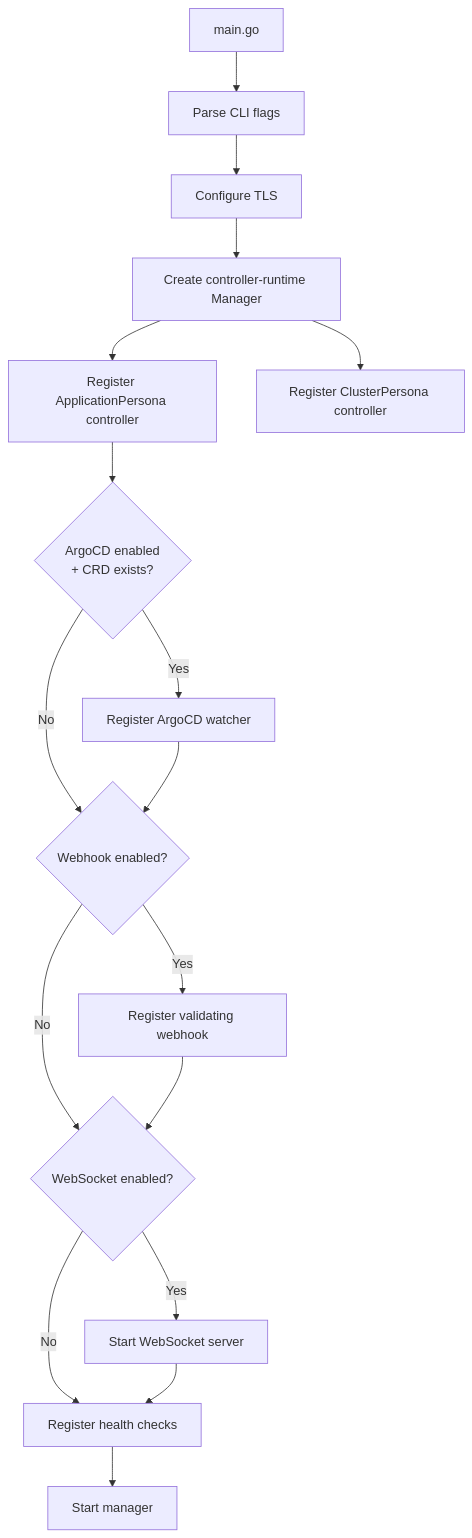
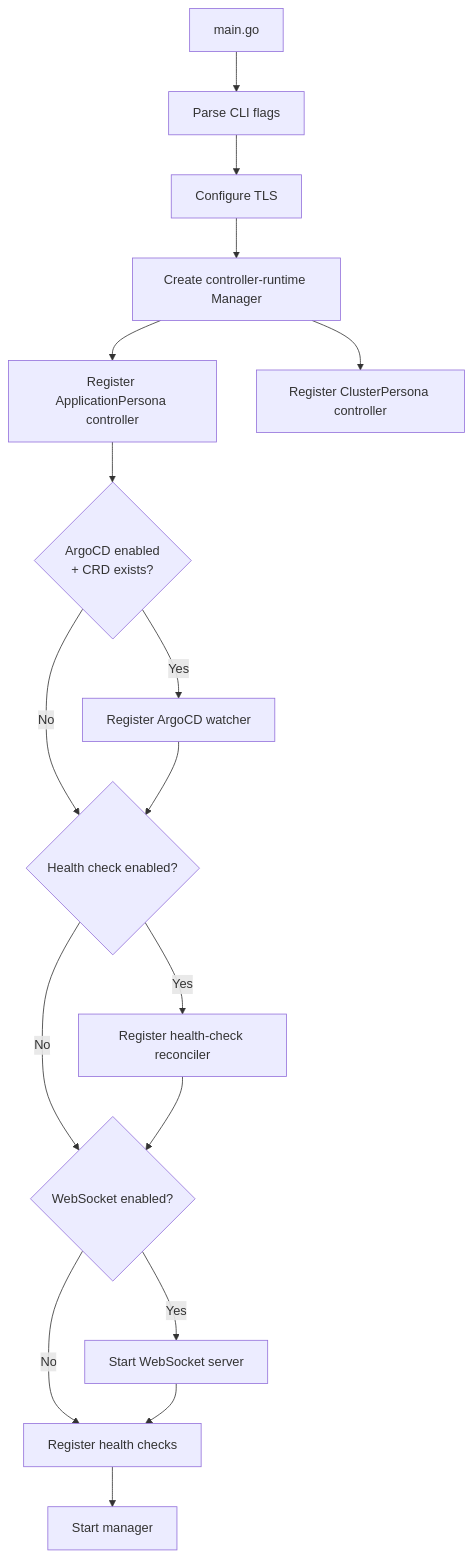
The second of 2 diagrams in operator/architecture/overview.mdx (dorgu-ai/docs), drawn with Mermaid before and after one commit. The commit also changed other lines of this file and 12 other files, not shown here.

````diff
--- a/operator/architecture/overview.mdx
+++ b/operator/architecture/overview.mdx
@@ -95,19 +102,19 @@
 ```mermaid
 flowchart TD
     Start["main.go"] --> ParseFlags["Parse CLI flags"]
     ParseFlags --> TLS["Configure TLS"]
     TLS --> Manager["Create controller-runtime Manager"]
     Manager --> AP["Register ApplicationPersona controller"]
     Manager --> CP["Register ClusterPersona controller"]
     AP --> ArgoCheck{"ArgoCD enabled\n+ CRD exists?"}
     ArgoCheck -->|Yes| AW["Register ArgoCD watcher"]
-    ArgoCheck -->|No| WebhookCheck
-    AW --> WebhookCheck{"Webhook enabled?"}
-    WebhookCheck -->|Yes| WH["Register validating webhook"]
-    WebhookCheck -->|No| WSCheck
-    WH --> WSCheck{"WebSocket enabled?"}
+    ArgoCheck -->|No| HCCheck
+    AW --> HCCheck{"Health check enabled?"}
+    HCCheck -->|Yes| HC["Register health-check reconciler"]
+    HCCheck -->|No| WSCheck
+    HC --> WSCheck{"WebSocket enabled?"}
     WSCheck -->|Yes| WS["Start WebSocket server"]
     WSCheck -->|No| Health
     WS --> Health["Register health checks"]
     Health --> Run["Start manager"]
 ```
````
